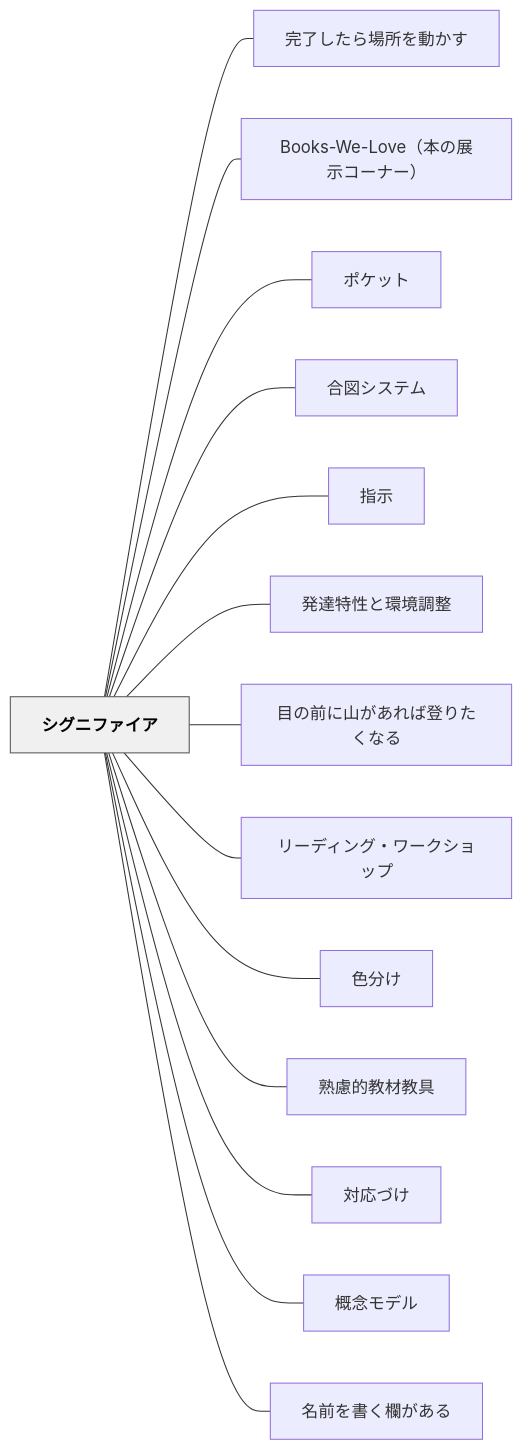
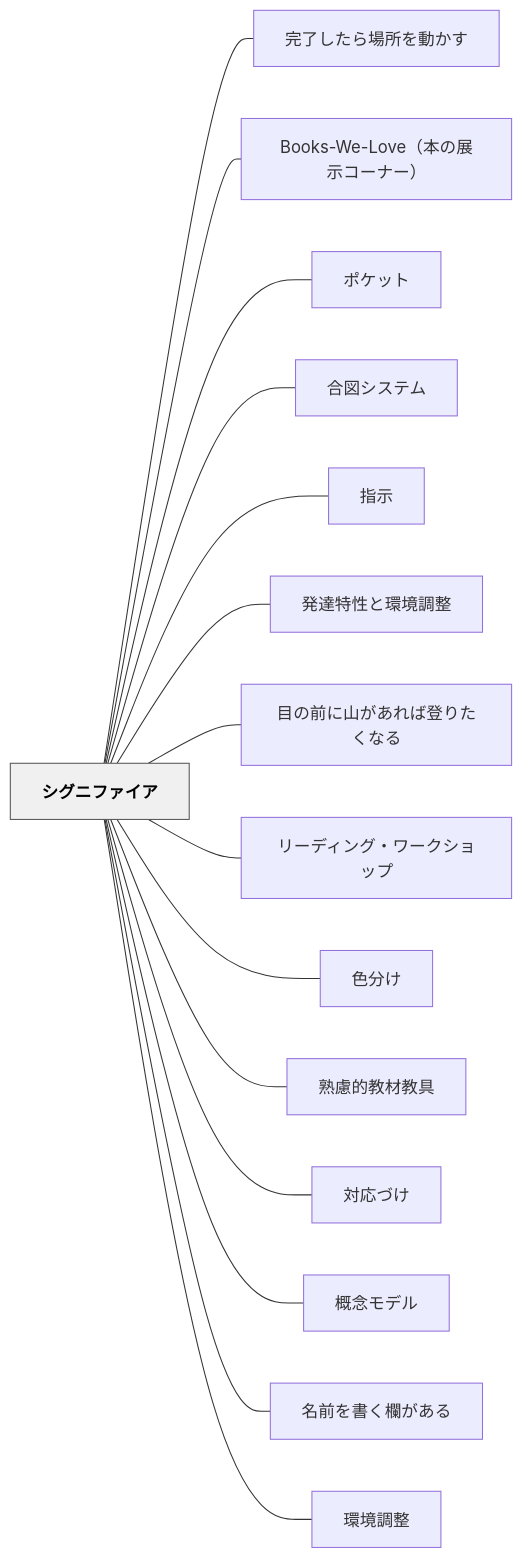
Before and after one commit to unknownthings-ed-patterns/unknownthings-ed-patterns: the diagram in content/パタン/シグニファイア.md, drawn with Mermaid. The commit also changed other lines of this file and 34 other files, not shown here.

````diff
--- a/content/パタン/シグニファイア.md
+++ b/content/パタン/シグニファイア.md
@@ -112,34 +219,36 @@
 ```mermaid
 flowchart LR
     ne382b7e382b0e3838be38395e382a1e382a4e382a2["シグニファイア"]
     ne5ae8ce4ba86e38197e3819fe38289e5a0b4e68980e38292e58b95e3818be38199["完了したら場所を動かす"]
     n426f6f6b732d57652d4c6f7665efbc88e69cace381aee5b195e7a4bae382b3e383bce3838ae383bcefbc89["Books-We-Love（本の展示コーナー）"]
     ne3839de382b1e38383e38388["ポケット"]
     ne59088e59bb3e382b7e382b9e38386e383a0["合図システム"]
     ne68c87e7a4ba["指示"]
     ne799bae98194e789b9e680a7e381a8e792b0e5a283e8aabfe695b4["発達特性と環境調整"]
     ne79baee381aee5898de381abe5b1b1e3818ce38182e3828ce381b0e799bbe3828ae3819fe3818fe381aae3828b["目の前に山があれば登りたくなる"]
     ne383aae383bce38387e382a3e383b3e382b0e383bbe383afe383bce382afe382b7e383a7e38383e38397["リーディング・ワークショップ"]
     ne889b2e58886e38191["色分け"]
     ne7869fe685aee79a84e69599e69d90e69599e585b7["熟慮的教材教具"]
     ne5afbee5bf9ce381a5e38191["対応づけ"]
     ne6a682e5bfb5e383a2e38387e383ab["概念モデル"]
     ne5908de5898de38292e69bb8e3818fe6ac84e3818ce38182e3828b["名前を書く欄がある"]
+    ne792b0e5a283e8aabfe695b4["環境調整"]
 
     ne382b7e382b0e3838be38395e382a1e382a4e382a2 --- ne5ae8ce4ba86e38197e3819fe38289e5a0b4e68980e38292e58b95e3818be38199
     ne382b7e382b0e3838be38395e382a1e382a4e382a2 --- n426f6f6b732d57652d4c6f7665efbc88e69cace381aee5b195e7a4bae382b3e383bce3838ae383bcefbc89
     ne382b7e382b0e3838be38395e382a1e382a4e382a2 --- ne3839de382b1e38383e38388
     ne382b7e382b0e3838be38395e382a1e382a4e382a2 --- ne59088e59bb3e382b7e382b9e38386e383a0
     ne382b7e382b0e3838be38395e382a1e382a4e382a2 --- ne68c87e7a4ba
     ne382b7e382b0e3838be38395e382a1e382a4e382a2 --- ne799bae98194e789b9e680a7e381a8e792b0e5a283e8aabfe695b4
     ne382b7e382b0e3838be38395e382a1e382a4e382a2 --- ne79baee381aee5898de381abe5b1b1e3818ce38182e3828ce381b0e799bbe3828ae3819fe3818fe381aae3828b
     ne382b7e382b0e3838be38395e382a1e382a4e382a2 --- ne383aae383bce38387e382a3e383b3e382b0e383bbe383afe383bce382afe382b7e383a7e38383e38397
     ne382b7e382b0e3838be38395e382a1e382a4e382a2 --- ne889b2e58886e38191
     ne382b7e382b0e3838be38395e382a1e382a4e382a2 --- ne7869fe685aee79a84e69599e69d90e69599e585b7
     ne382b7e382b0e3838be38395e382a1e382a4e382a2 --- ne5afbee5bf9ce381a5e38191
     ne382b7e382b0e3838be38395e382a1e382a4e382a2 --- ne6a682e5bfb5e383a2e38387e383ab
     ne382b7e382b0e3838be38395e382a1e382a4e382a2 --- ne5908de5898de38292e69bb8e3818fe6ac84e3818ce38182e3828b
+    ne382b7e382b0e3838be38395e382a1e382a4e382a2 --- ne792b0e5a283e8aabfe695b4
 
     classDef hub fill:#f0f0f0,stroke:#555,color:#000,font-weight:bold
     class ne382b7e382b0e3838be38395e382a1e382a4e382a2 hub
 ```
````
